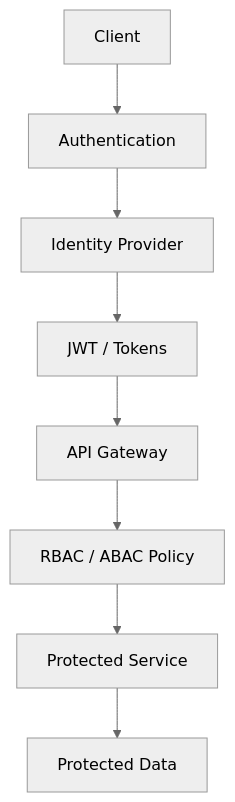
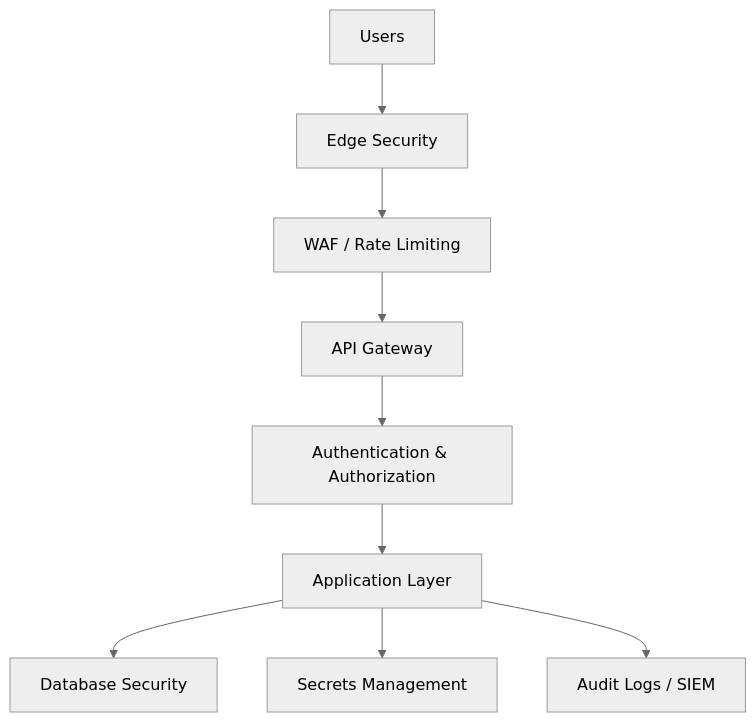
One commit to quesiblaq442-del/architecture-diagram changed the fifth of 25 diagrams in ARCHITECTURE.md. Above: the diagram before and after it, drawn with Mermaid (neutral theme). The commit also changed other lines of this file, not shown here.

Commit message:
Add security and scalability sections

````diff
--- a/ARCHITECTURE.md
+++ b/ARCHITECTURE.md
@@ -103,10 +103,11 @@
 ```mermaid
 graph TB
-    Client["Client"] --> AuthN["Authentication"]
-    AuthN --> IAM["Identity Provider"]
-    IAM --> JWT["JWT / Tokens"]
-    JWT --> API["API Gateway"]
-    API --> Policy["RBAC / ABAC Policy"]
-    Policy --> Service["Protected Service"]
-    Service --> Data["Protected Data"]
+    Users["Users"] --> Edge["Edge Security"]
+    Edge --> WAF["WAF / Rate Limiting"]
+    WAF --> Gateway["API Gateway"]
+    Gateway --> Auth["Authentication & Authorization"]
+    Auth --> App["Application Layer"]
+    App --> DB["Database Security"]
+    App --> Secrets["Secrets Management"]
+    App --> Logs["Audit Logs / SIEM"]
 ```
````
